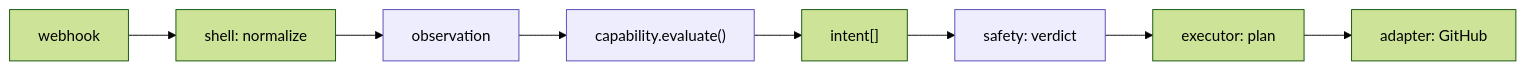
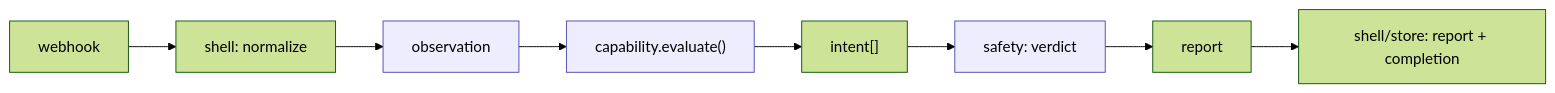
The third of 3 diagrams in packages/core/README.md (cheese-cakee/sdk-automations), drawn with Mermaid (forest theme) before and after one commit. The commit also changed other lines of this file and 50 other files, not shown here.

````diff
--- a/packages/core/README.md
+++ b/packages/core/README.md
@@ -116,13 +116,13 @@
 ```mermaid
 flowchart LR
     W["webhook"] --> N["shell: normalize"]
     N --> O["observation"]
     O --> E["capability.evaluate()"]
     E --> I["intent[]"]
     I --> S["safety: verdict"]
-    S --> P["executor: plan"]
-    P --> G["adapter: GitHub"]
+    S --> R["report"]
+    R --> C["shell/store: report + completion"]
     style E fill:#EEEDFE,stroke:#534AB7
     style S fill:#EEEDFE,stroke:#534AB7
     style O fill:#EEEDFE,stroke:#534AB7
 ```
````
